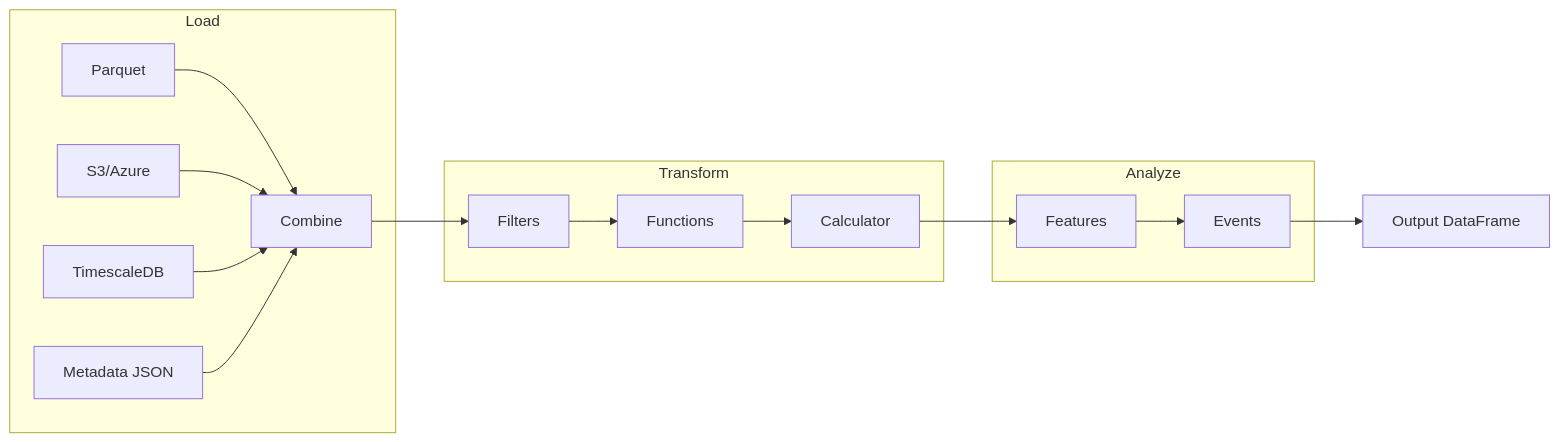
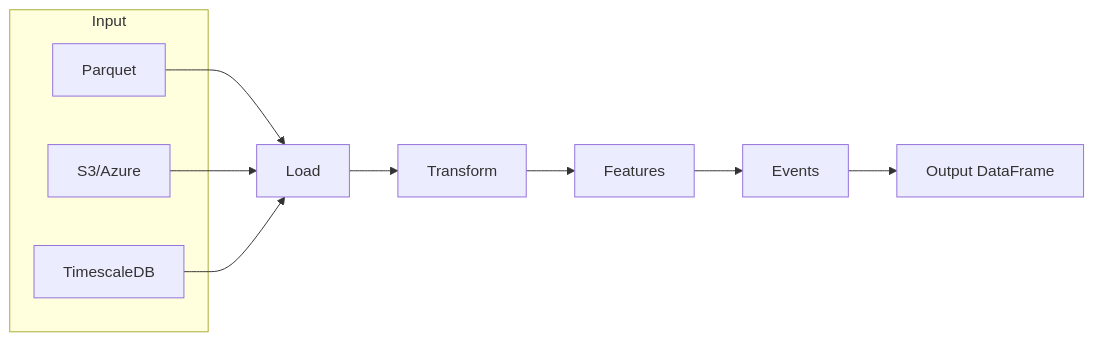
Before and after one commit to jakobgabriel/ts-shape: the diagram in docs/index.md, drawn with Mermaid. The commit also changed other lines of this file and 11 other files, not shown here.

````diff
--- a/docs/index.md
+++ b/docs/index.md
@@ -110,26 +87,17 @@
 ```mermaid
 flowchart LR
-    subgraph Load
-        A1[Parquet] --> B
-        A2[S3/Azure] --> B
-        A3[TimescaleDB] --> B
-        A4[Metadata JSON] --> B
+    subgraph Input
+        A1[Parquet]
+        A2[S3/Azure]
+        A3[TimescaleDB]
     end
 
-    B[Combine] --> C
+    A1 --> L[Load]
+    A2 --> L
+    A3 --> L
 
-    subgraph Transform
-        C[Filters]
-        C --> D[Functions]
-        D --> E[Calculator]
-    end
-
-    E --> F
-
-    subgraph Analyze
-        F[Features]
-        F --> G[Events]
-    end
-
-    G --> H[Output DataFrame]
+    L --> T[Transform]
+    T --> F[Features]
+    F --> E[Events]
+    E --> O[Output DataFrame]
 ```
````
